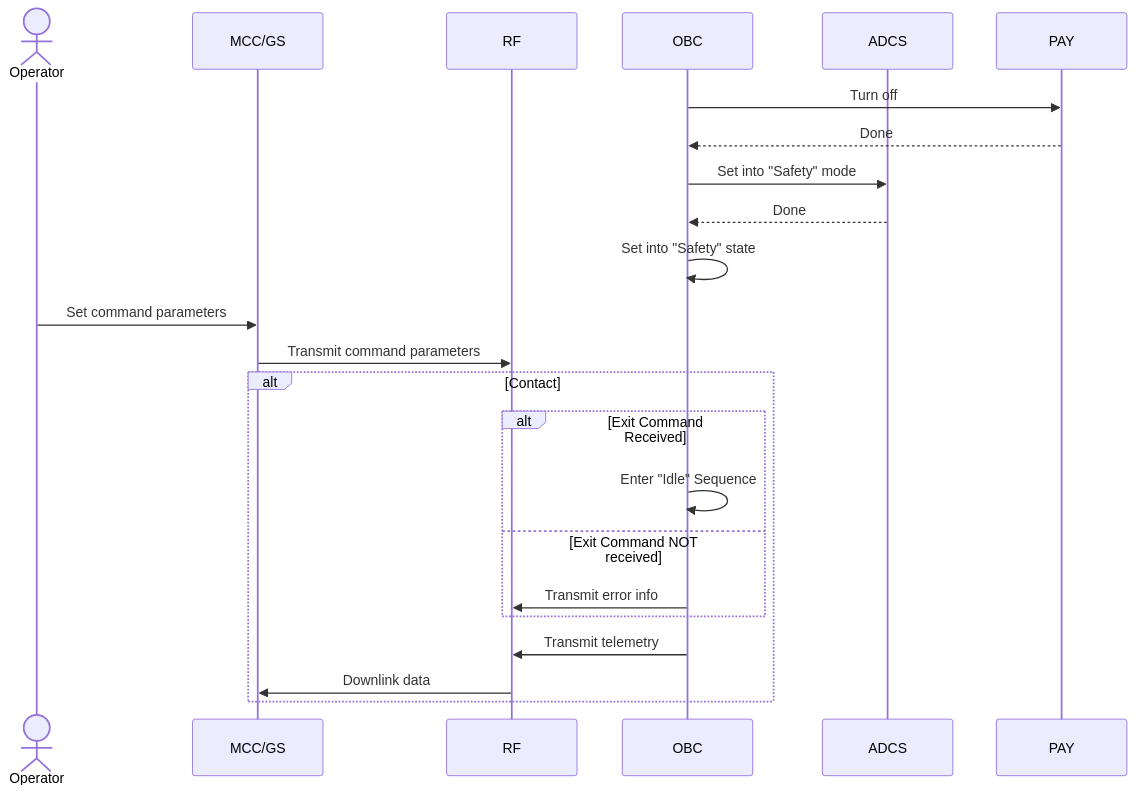
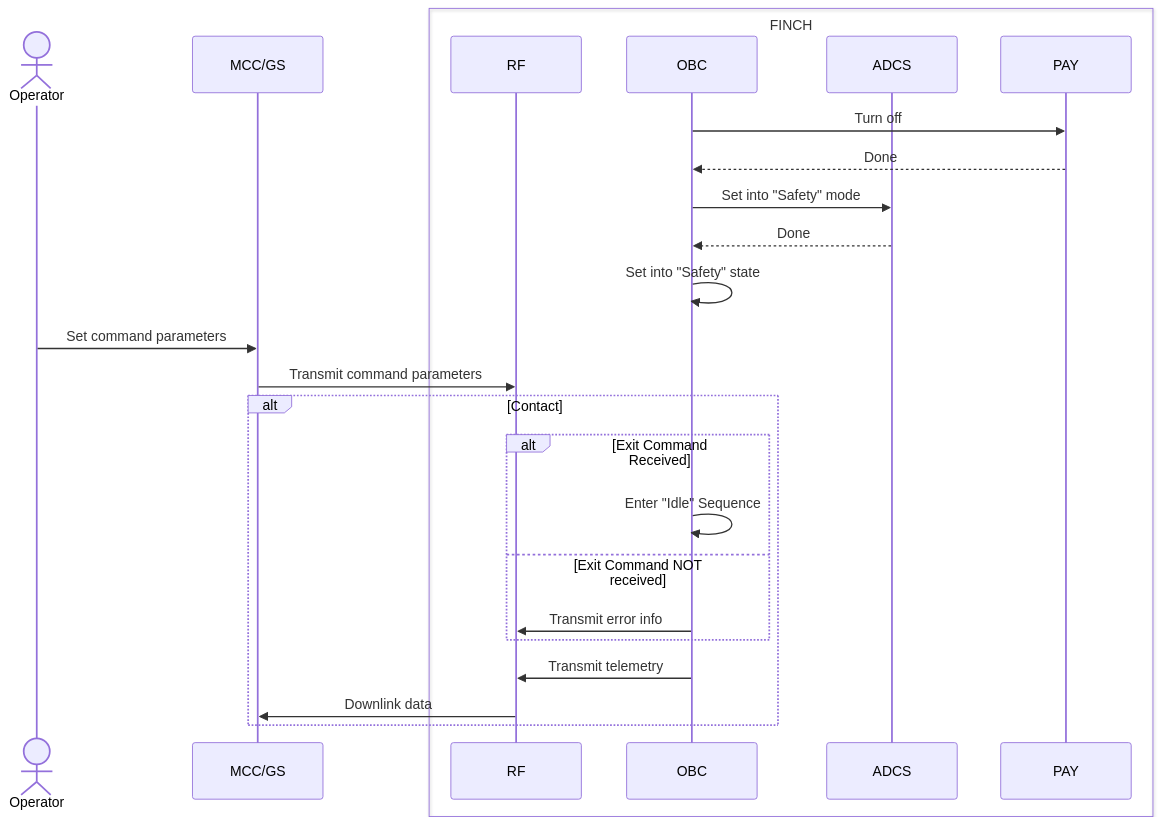
Before and after one commit to utat-ss/FINCH-sequence-diagrams: the diagram in command sequences/safety-command-sequence.md, drawn with Mermaid.

````diff
--- a/command sequences/safety-command-sequence.md
+++ b/command sequences/safety-command-sequence.md
@@ -2,30 +2,32 @@
 ```mermaid
 sequenceDiagram
     Actor Operator
     participant MCC/GS
-    participant RF
-    participant OBC
-    participant ADCS
-    participant PAY
+    box FINCH
+        participant RF
+        participant OBC
+        participant ADCS
+        participant PAY
+    end
 
     OBC->>PAY: Turn off
     PAY-->>OBC: Done
     OBC->>ADCS: Set into "Safety" mode
     ADCS-->>OBC: Done
 
     OBC->>OBC: Set into "Safety" state
 
     Operator->>MCC/GS: Set command parameters
     MCC/GS->>RF: Transmit command parameters
 
     alt Contact
         alt Exit Command Received
             OBC->>OBC: Enter "Idle" Sequence
         else Exit Command NOT received
             OBC->>RF: Transmit error info
         end 
         OBC->>RF: Transmit telemetry
         RF->>MCC/GS: Downlink data
     end
     
 ```
````
